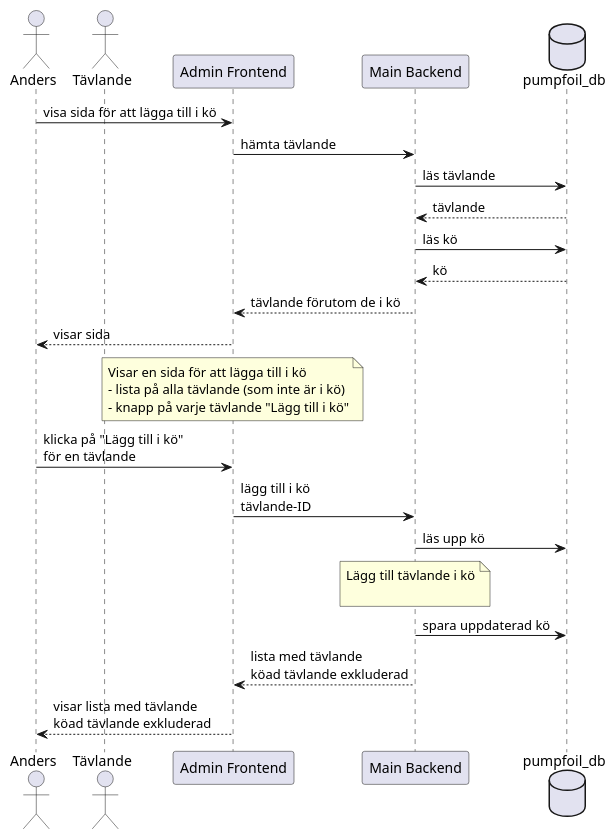
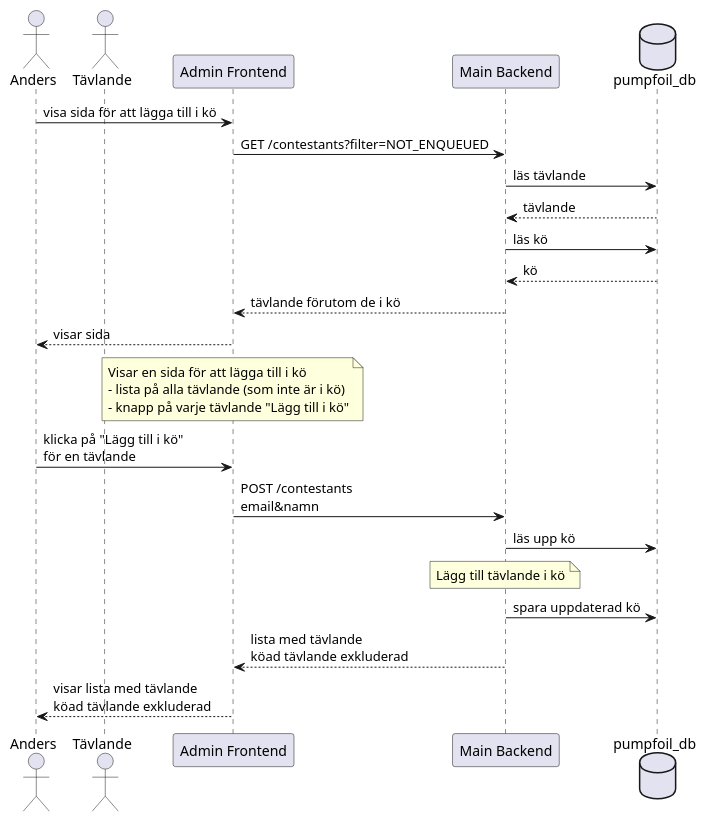
The fourth of 8 diagrams in doc/SPEC.md (CAG-Contactor/pump-foil-game), drawn with PlantUML before and after one commit. The commit also changed other lines of this file and 1 other file, not shown here.

````diff
--- a/doc/SPEC.md
+++ b/doc/SPEC.md
@@ -133,31 +135,30 @@
 ```plantuml 
 actor Anders
 actor Tävlande
 participant "Admin Frontend" as adminfe
 participant "Main Backend" as mainbe
 database pumpfoil_db
 
 Anders -> adminfe: visa sida för att lägga till i kö
-adminfe -> mainbe: hämta tävlande
+adminfe -> mainbe: GET /contestants?filter=NOT_ENQUEUED
 mainbe -> pumpfoil_db: läs tävlande
 mainbe <-- pumpfoil_db: tävlande
 mainbe -> pumpfoil_db: läs kö
 mainbe <-- pumpfoil_db: kö
 adminfe <-- mainbe: tävlande förutom de i kö
 Anders <-- adminfe: visar sida
 note over adminfe
   Visar en sida för att lägga till i kö
   - lista på alla tävlande (som inte är i kö)
   - knapp på varje tävlande "Lägg till i kö"
 endnote
 Anders -> adminfe: klicka på "Lägg till i kö"\nför en tävlande
-adminfe -> mainbe: lägg till i kö\ntävlande-ID
+adminfe -> mainbe: POST /contestants\nemail&namn
 mainbe -> pumpfoil_db: läs upp kö
 note over mainbe
   Lägg till tävlande i kö
-  
 endnote
 mainbe -> pumpfoil_db: spara uppdaterad kö
 adminfe <-- mainbe: lista med tävlande\nköad tävlande exkluderad
 Anders <-- adminfe: visar lista med tävlande\nköad tävlande exkluderad
 ```
````
